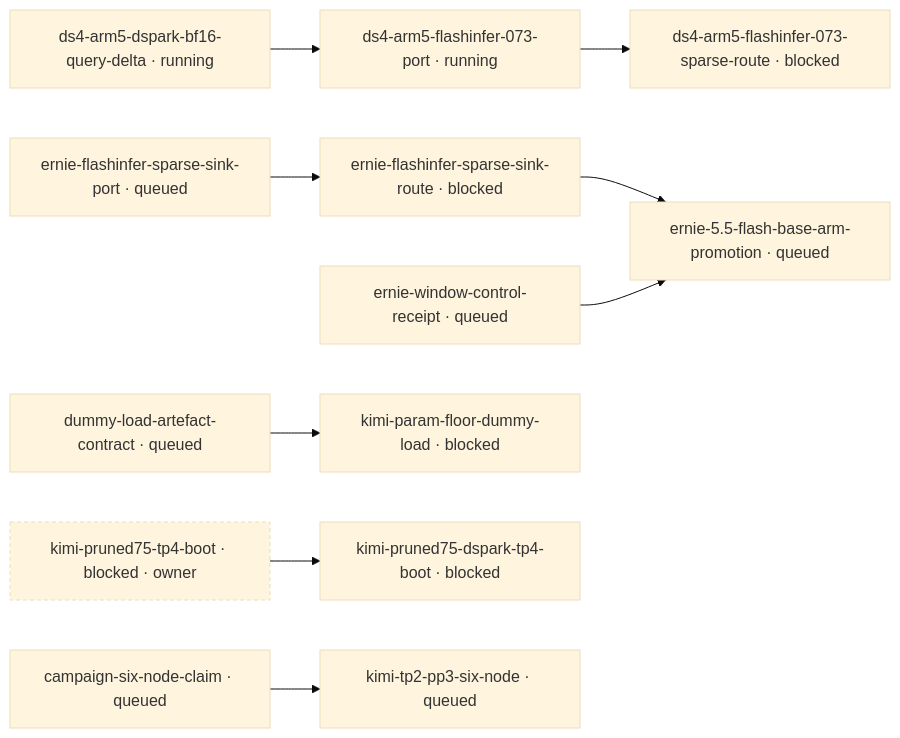
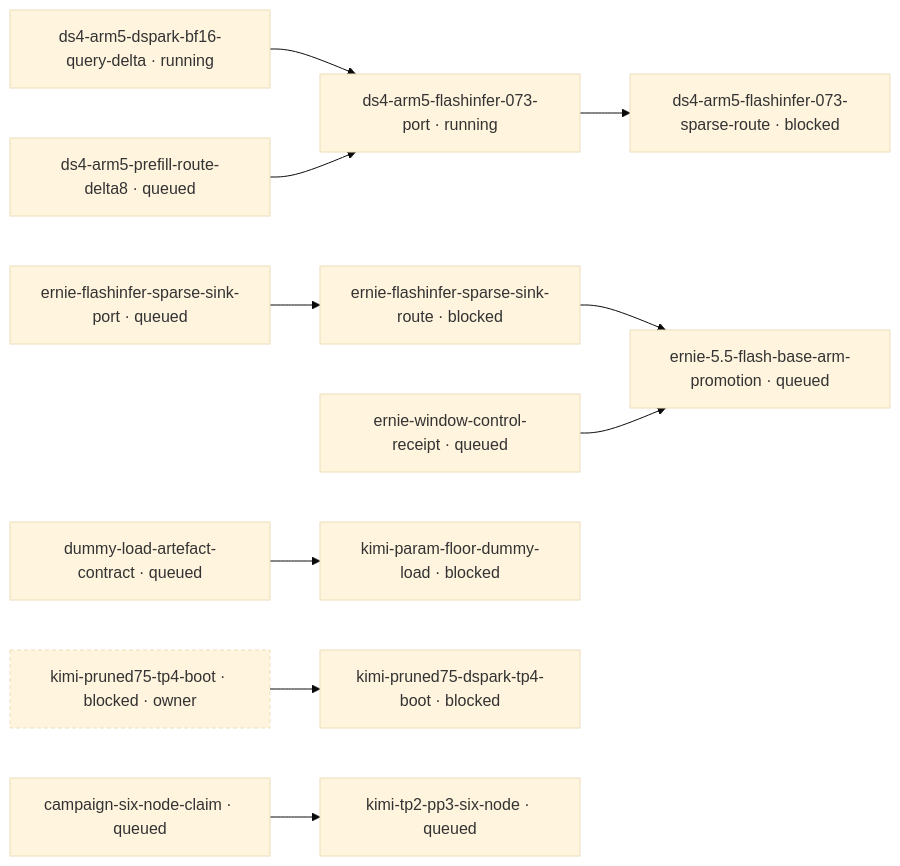
Before and after one commit to littlecedar/sparkrun-recipe-registry: the diagram in mad-science/STATUS.md, drawn with Mermaid (base theme). The commit also changed other lines of this file and 1 other file, not shown here.

````diff
--- a/mad-science/STATUS.md
+++ b/mad-science/STATUS.md
@@ -18,26 +18,28 @@
 ```mermaid
 flowchart LR
-  %% 12 blocked, 8 edges, 8 prose-gated, 0 question-gated, 0 question, 41 rows not drawn (--all)
+  %% 12 blocked, 9 edges, 8 prose-gated, 0 question-gated, 0 question, 39 rows not drawn (--all)
   t1["campaign-six-node-claim · queued"]
   t2["ds4-arm5-dspark-bf16-query-delta · running"]
   t3["ds4-arm5-flashinfer-073-port · running"]
   t4["ds4-arm5-flashinfer-073-sparse-route · blocked"]
-  t5["dummy-load-artefact-contract · queued"]
-  t6["ernie-5.5-flash-base-arm-promotion · queued"]
-  t7["ernie-flashinfer-sparse-sink-port · queued"]
-  t8["ernie-flashinfer-sparse-sink-route · blocked"]
-  t9["ernie-window-control-receipt · queued"]
-  t10["kimi-param-floor-dummy-load · blocked"]
-  t11["kimi-pruned75-dspark-tp4-boot · blocked"]
-  t12["kimi-pruned75-tp4-boot · blocked · owner"]:::no-recorded-edge
-  t13["kimi-tp2-pp3-six-node · queued"]
-  t1 --> t13
+  t5["ds4-arm5-prefill-route-delta8 · queued"]
+  t6["dummy-load-artefact-contract · queued"]
+  t7["ernie-5.5-flash-base-arm-promotion · queued"]
+  t8["ernie-flashinfer-sparse-sink-port · queued"]
+  t9["ernie-flashinfer-sparse-sink-route · blocked"]
+  t10["ernie-window-control-receipt · queued"]
+  t11["kimi-param-floor-dummy-load · blocked"]
+  t12["kimi-pruned75-dspark-tp4-boot · blocked"]
+  t13["kimi-pruned75-tp4-boot · blocked · owner"]:::no-recorded-edge
+  t14["kimi-tp2-pp3-six-node · queued"]
+  t1 --> t14
   t2 --> t3
   t3 --> t4
-  t5 --> t10
-  t7 --> t8
-  t8 --> t6
-  t9 --> t6
-  t12 --> t11
+  t5 --> t3
+  t6 --> t11
+  t8 --> t9
+  t9 --> t7
+  t10 --> t7
+  t13 --> t12
   classDef no-recorded-edge stroke-dasharray: 4 3
 ```
````
